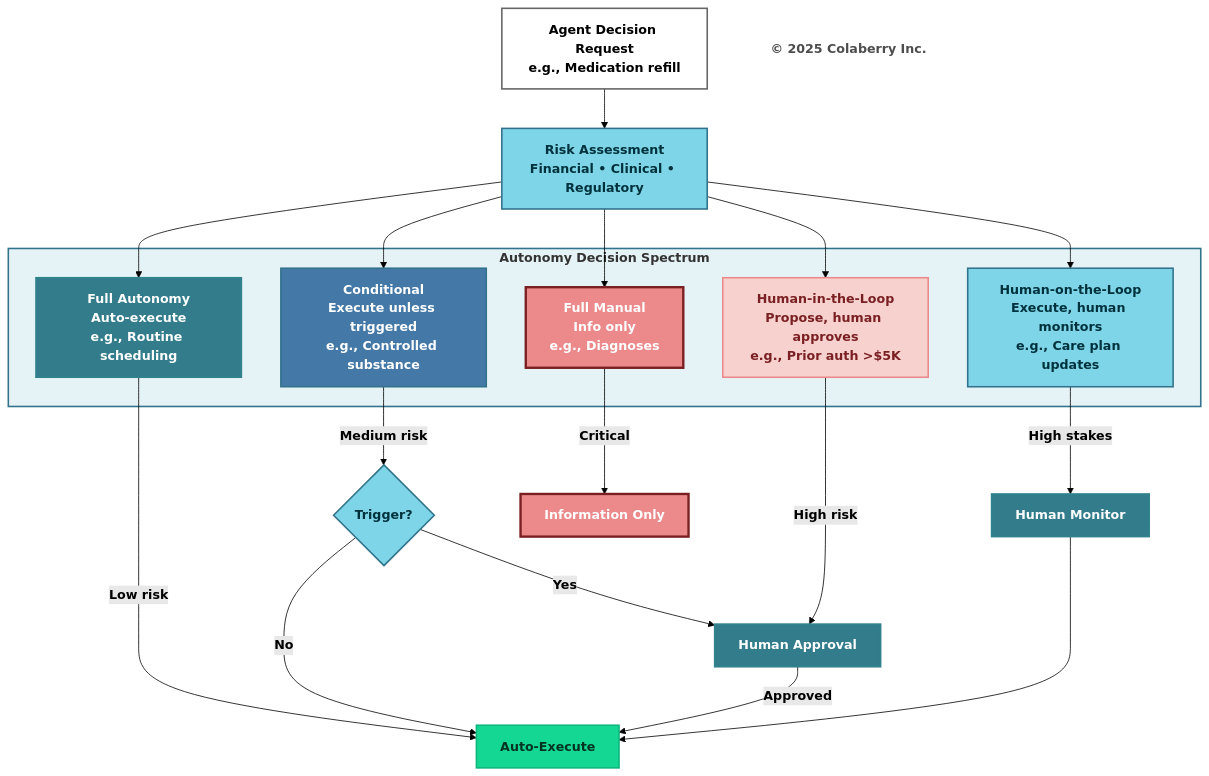
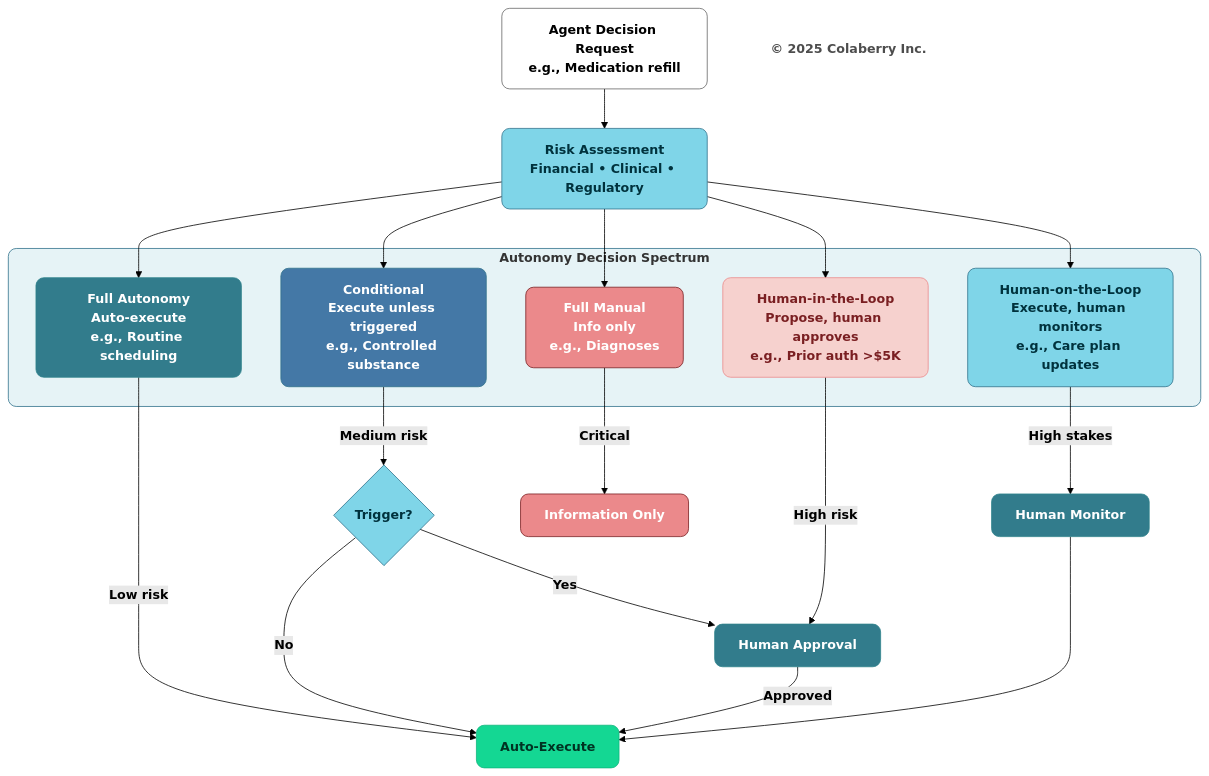
Before and after one commit to colaberry/trust-before-intelligence-book: the sixth of 14 diagrams in manuscript/08_chapter_7_goals_framework.md, drawn with Mermaid (forest theme). The commit also changed other lines of this file and 12 other files, not shown here.

````diff
--- a/manuscript/08_chapter_7_goals_framework.md
+++ b/manuscript/08_chapter_7_goals_framework.md
@@ -546,54 +546,54 @@
 ```mermaid
 graph TB
     REQUEST["<b>Agent Decision Request</b><br/><b>e.g., Medication refill</b>"]
     
     ASSESS["<b>Risk Assessment</b><br/><b>Financial • Clinical • Regulatory</b>"]
     
     REQUEST --> ASSESS
     
     subgraph SPECTRUM["<b>Autonomy Decision Spectrum</b>"]
         FULL["<b>Full Autonomy</b><br/><b>Auto-execute</b><br/><b>e.g., Routine scheduling</b>"]
         
         COND["<b>Conditional</b><br/><b>Execute unless triggered</b><br/><b>e.g., Controlled substance</b>"]
         
         HITL["<b>Human-in-the-Loop</b><br/><b>Propose, human approves</b><br/><b>e.g., Prior auth >$5K</b>"]
         
         HONL["<b>Human-on-the-Loop</b><br/><b>Execute, human monitors</b><br/><b>e.g., Care plan updates</b>"]
         
         MANUAL["<b>Full Manual</b><br/><b>Info only</b><br/><b>e.g., Diagnoses</b>"]
     end
     
     ASSESS --> FULL
     ASSESS --> COND
     ASSESS --> HITL
     ASSESS --> HONL
     ASSESS --> MANUAL
     
     FULL -->|<b>Low risk</b>| EXECUTE["<b>Auto-Execute</b>"]
     COND -->|<b>Medium risk</b>| CHECK{<b>Trigger?</b>}
     CHECK -->|<b>No</b>| EXECUTE
     CHECK -->|<b>Yes</b>| APPROVE["<b>Human Approval</b>"]
     HITL -->|<b>High risk</b>| APPROVE
     HONL -->|<b>High stakes</b>| MONITOR["<b>Human Monitor</b>"]
     MANUAL -->|<b>Critical</b>| INFORM["<b>Information Only</b>"]
     
     APPROVE -->|<b>Approved</b>| EXECUTE
     MONITOR --> EXECUTE
     
-    style REQUEST fill:#ffffff,stroke:#666666,stroke-width:2px,color:#000000
-    style ASSESS fill:#7FD5E8,stroke:#32738C,stroke-width:2px,color:#00323D
-    style SPECTRUM fill:#E6F3F6,stroke:#32738C,stroke-width:2px
-    style FULL fill:#327C8C,stroke:#30838C,stroke-width:2px,color:#ffffff
-    style COND fill:#4478A6,stroke:#32738C,stroke-width:2px,color:#ffffff
-    style HITL fill:#F6D1CE,stroke:#EB898B,stroke-width:2px,color:#7A1F22
-    style HONL fill:#7FD5E8,stroke:#32738C,stroke-width:2px,color:#00323D
-    style MANUAL fill:#EB898B,stroke:#7A1F22,stroke-width:3px,color:#ffffff
-    style CHECK fill:#7FD5E8,stroke:#32738C,stroke-width:2px,color:#00323D
-    style EXECUTE fill:#14D793,stroke:#0FB67D,stroke-width:2px,color:#003322
-    style APPROVE fill:#327C8C,stroke:#30838C,stroke-width:2px,color:#ffffff
-    style MONITOR fill:#327C8C,stroke:#30838C,stroke-width:2px,color:#ffffff
-    style INFORM fill:#EB898B,stroke:#7A1F22,stroke-width:3px,color:#ffffff
+    style REQUEST fill:#ffffff,stroke:#666666,stroke-width:1px,color:#000000,rx:10,ry:10
+    style ASSESS fill:#7FD5E8,stroke:#32738C,stroke-width:1px,color:#00323D,rx:10,ry:10
+    style SPECTRUM fill:#E6F3F6,stroke:#32738C,stroke-width:1px,rx:10,ry:10
+    style FULL fill:#327C8C,stroke:#30838C,stroke-width:1px,color:#ffffff,rx:10,ry:10
+    style COND fill:#4478A6,stroke:#32738C,stroke-width:1px,color:#ffffff,rx:10,ry:10
+    style HITL fill:#F6D1CE,stroke:#EB898B,stroke-width:1px,color:#7A1F22,rx:10,ry:10
+    style HONL fill:#7FD5E8,stroke:#32738C,stroke-width:1px,color:#00323D,rx:10,ry:10
+    style MANUAL fill:#EB898B,stroke:#7A1F22,stroke-width:1px,color:#ffffff,rx:10,ry:10
+    style CHECK fill:#7FD5E8,stroke:#32738C,stroke-width:1px,color:#00323D,rx:10,ry:10
+    style EXECUTE fill:#14D793,stroke:#0FB67D,stroke-width:1px,color:#003322,rx:10,ry:10
+    style APPROVE fill:#327C8C,stroke:#30838C,stroke-width:1px,color:#ffffff,rx:10,ry:10
+    style MONITOR fill:#327C8C,stroke:#30838C,stroke-width:1px,color:#ffffff,rx:10,ry:10
+    style INFORM fill:#EB898B,stroke:#7A1F22,stroke-width:1px,color:#ffffff,rx:10,ry:10
     
     Copyright["<b>© 2025 Colaberry Inc.</b>"]
-    style Copyright fill:#ffffff,stroke:none,color:#4d4d4d
+    style Copyright fill:none,stroke:none,color:#4d4d4d
 ```
````
